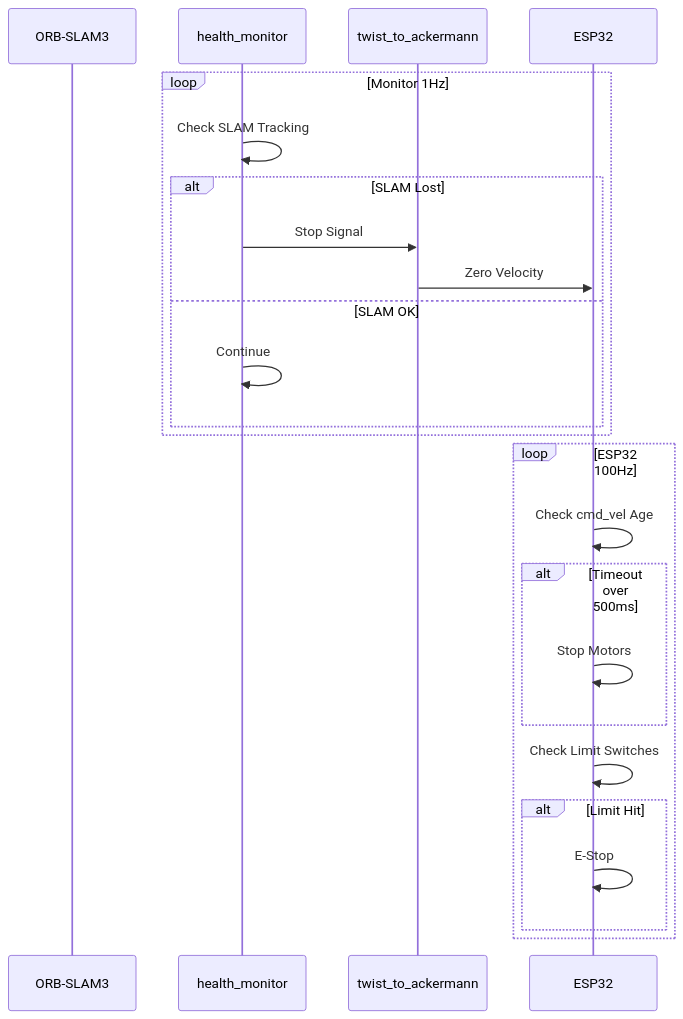
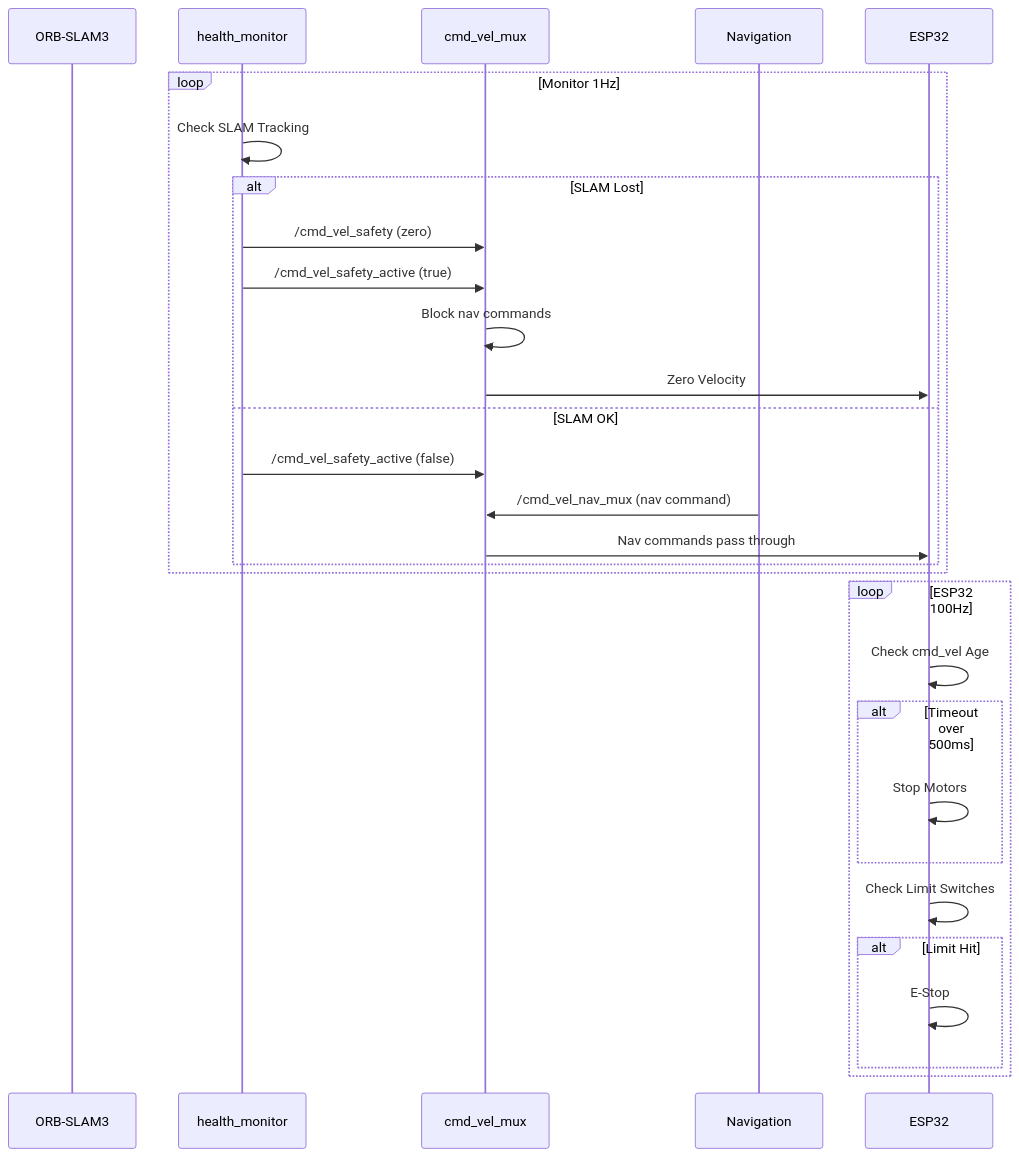
The ninth of 13 diagrams in SYSTEM_DOCUMENTATION.md (KashmeeraTT/Ackerman_UGV), drawn with Mermaid before and after one commit. The commit also changed other lines of this file and 8 other files, not shown here.

````diff
--- a/SYSTEM_DOCUMENTATION.md
+++ b/SYSTEM_DOCUMENTATION.md
@@ -458,28 +477,33 @@
 ```mermaid
 sequenceDiagram
     participant ORB as ORB-SLAM3
     participant HM as health_monitor
-    participant Ack as twist_to_ackermann
+    participant MUX as cmd_vel_mux
+    participant NAV as Navigation
     participant ESP as ESP32
     
     loop Monitor 1Hz
         HM->>HM: Check SLAM Tracking
         alt SLAM Lost
-            HM->>Ack: Stop Signal
-            Ack->>ESP: Zero Velocity
+            HM->>MUX: /cmd_vel_safety (zero)
+            HM->>MUX: /cmd_vel_safety_active (true)
+            MUX->>MUX: Block nav commands
+            MUX->>ESP: Zero Velocity
         else SLAM OK
-            HM->>HM: Continue
+            HM->>MUX: /cmd_vel_safety_active (false)
+            NAV->>MUX: /cmd_vel_nav_mux (nav command)
+            MUX->>ESP: Nav commands pass through
         end
     end
     
     loop ESP32 100Hz
         ESP->>ESP: Check cmd_vel Age
         alt Timeout over 500ms
             ESP->>ESP: Stop Motors
         end
         ESP->>ESP: Check Limit Switches
         alt Limit Hit
             ESP->>ESP: E-Stop
         end
     end
 ```
````
